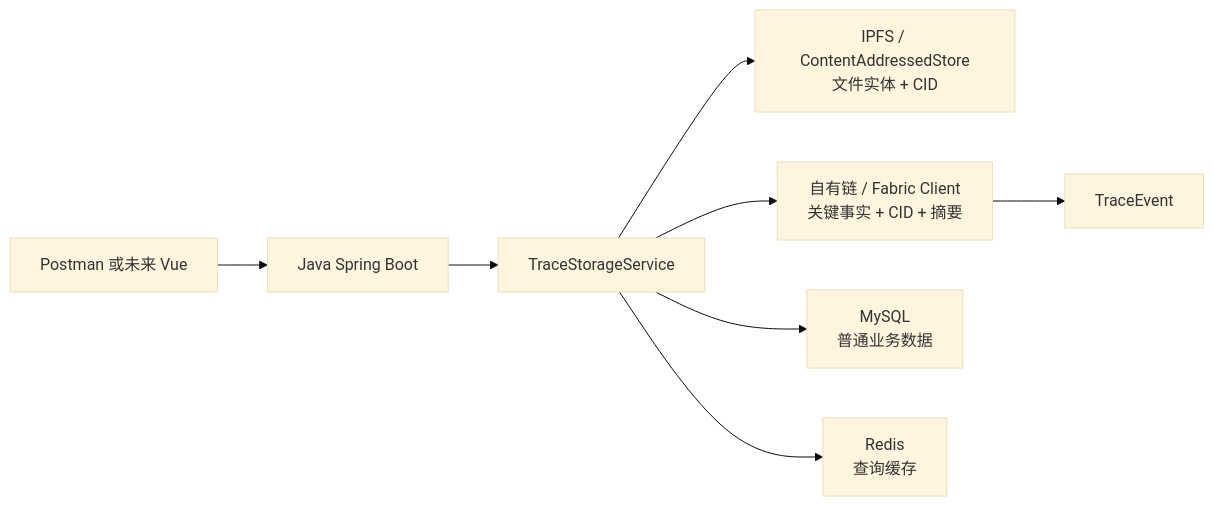
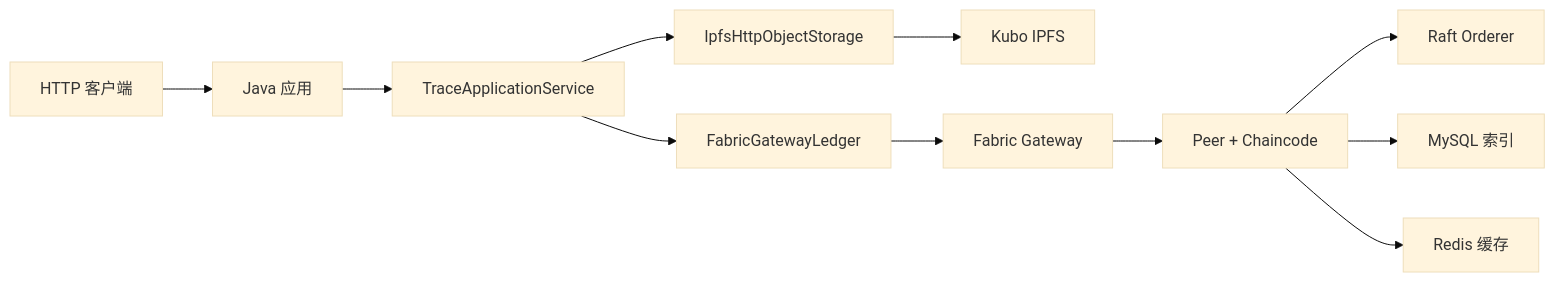
Before and after one commit to Keep-Passionate/blockchain-storage-lab: the diagram in docs/01-architecture.md, drawn with Mermaid (base theme). The commit also changed other lines of this file and 50 other files, not shown here.

Commit message:
Switch main path to IPFS and Fabric

````diff
--- a/docs/01-architecture.md
+++ b/docs/01-architecture.md
@@ -3,10 +5,13 @@
 ```mermaid
 flowchart LR
-    Client[Postman 或未来 Vue] --> App[Java Spring Boot]
-    App --> Orchestrator[TraceStorageService]
-    Orchestrator --> Offchain[IPFS / ContentAddressedStore\n文件实体 + CID]
-    Orchestrator --> Chain[自有链 / Fabric Client\n关键事实 + CID + 摘要]
-    Orchestrator --> MySQL[MySQL\n普通业务数据]
-    Orchestrator --> Redis[Redis\n查询缓存]
-    Chain --> Event[TraceEvent]
+    Client[HTTP 客户端] --> App[Java 应用]
+    App --> Service[TraceApplicationService]
+    Service --> IPFS[IpfsHttpObjectStorage]
+    IPFS --> Kubo[Kubo IPFS]
+    Service --> Fabric[FabricGatewayLedger]
+    Fabric --> Gateway[Fabric Gateway]
+    Gateway --> Peer[Peer + Chaincode]
+    Peer --> Orderer[Raft Orderer]
+    Peer --> MySQL[MySQL 索引]
+    Peer --> Redis[Redis 缓存]
 ```
````
